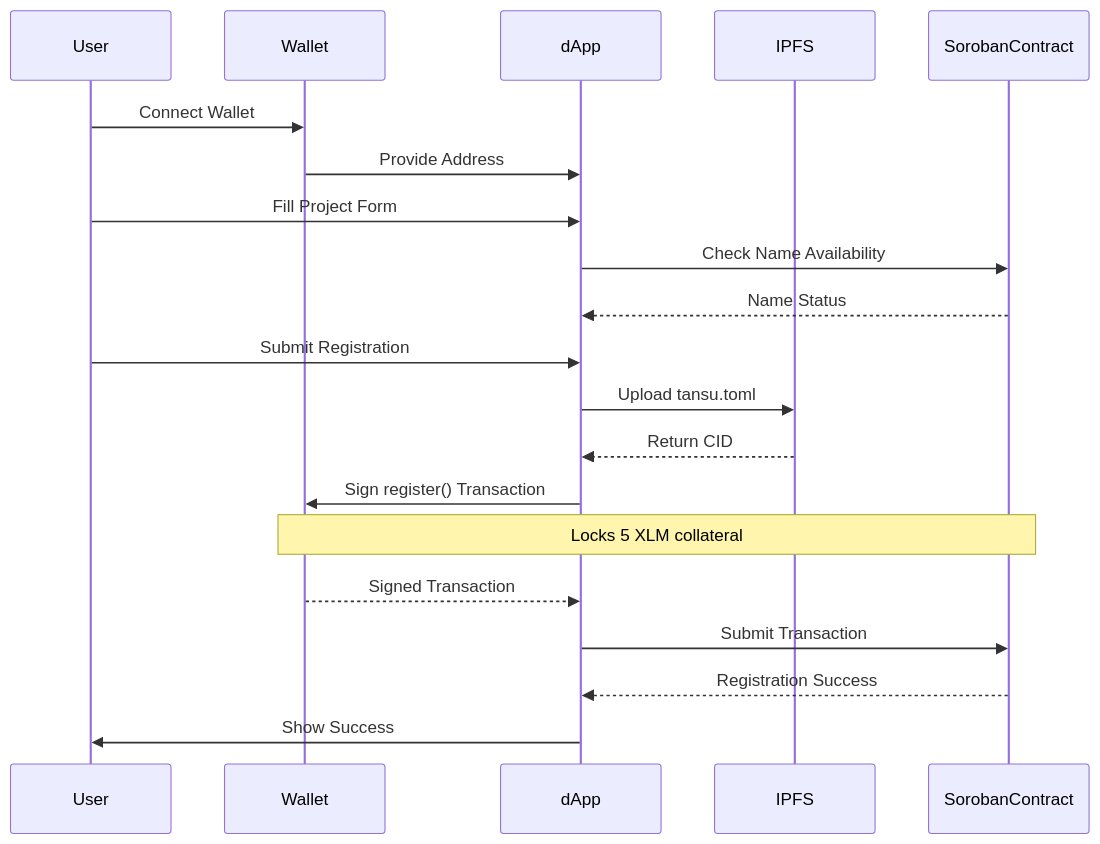
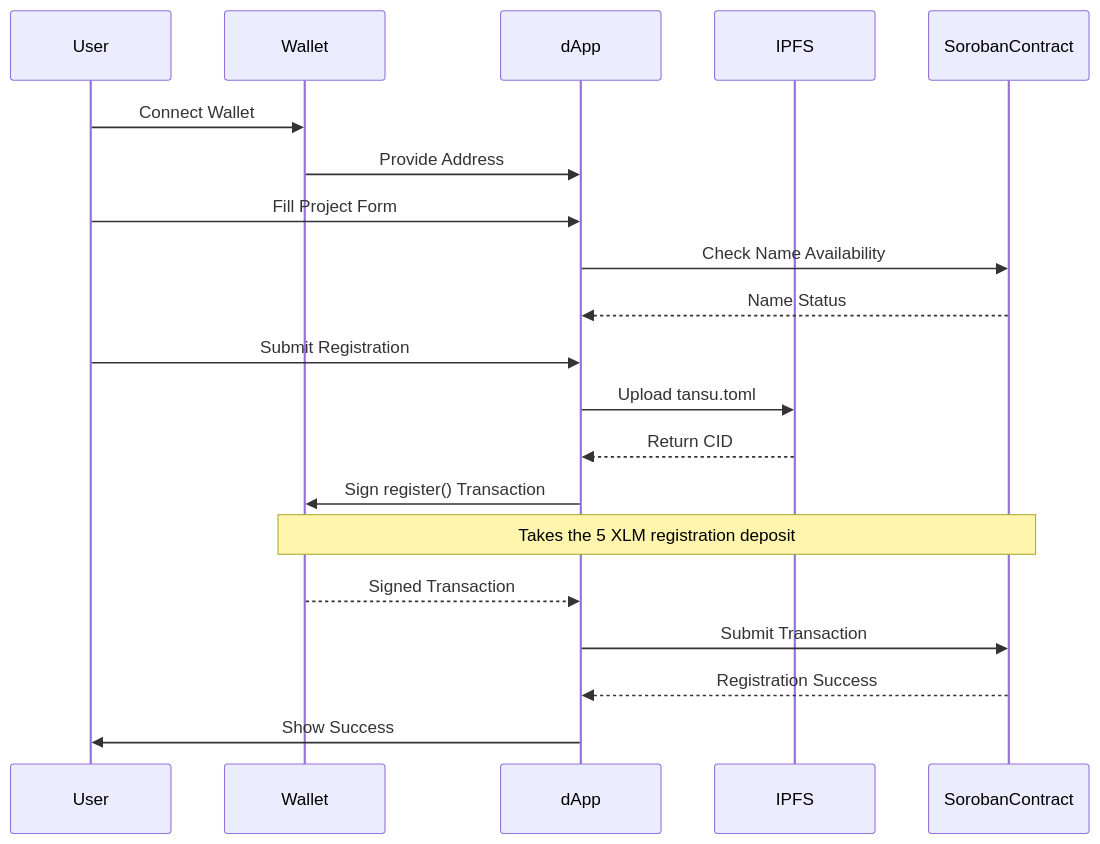
One commit to Consulting-Manao/tansu changed the second of 6 diagrams in website/docs/developers/user_flows.mdx. Above: the diagram before and after it, drawn with Mermaid. The commit also changed other lines of this file and 6 other files, not shown here.

````diff
--- a/website/docs/developers/user_flows.mdx
+++ b/website/docs/developers/user_flows.mdx
@@ -54,23 +54,23 @@
 ```mermaid
 sequenceDiagram
   participant U as User
   participant W as Wallet
   participant D as dApp
   participant IPFS as IPFS
   participant SC as SorobanContract
 
   U->>W: Connect Wallet
   W->>D: Provide Address
   U->>D: Fill Project Form
   D->>SC: Check Name Availability
   SC-->>D: Name Status
   U->>D: Submit Registration
   D->>IPFS: Upload tansu.toml
   IPFS-->>D: Return CID
   D->>W: Sign register() Transaction
-  Note over W,SC: Locks 5 XLM collateral
+  Note over W,SC: Takes the 5 XLM registration deposit
   W-->>D: Signed Transaction
   D->>SC: Submit Transaction
   SC-->>D: Registration Success
   D->>U: Show Success
 ```
````
